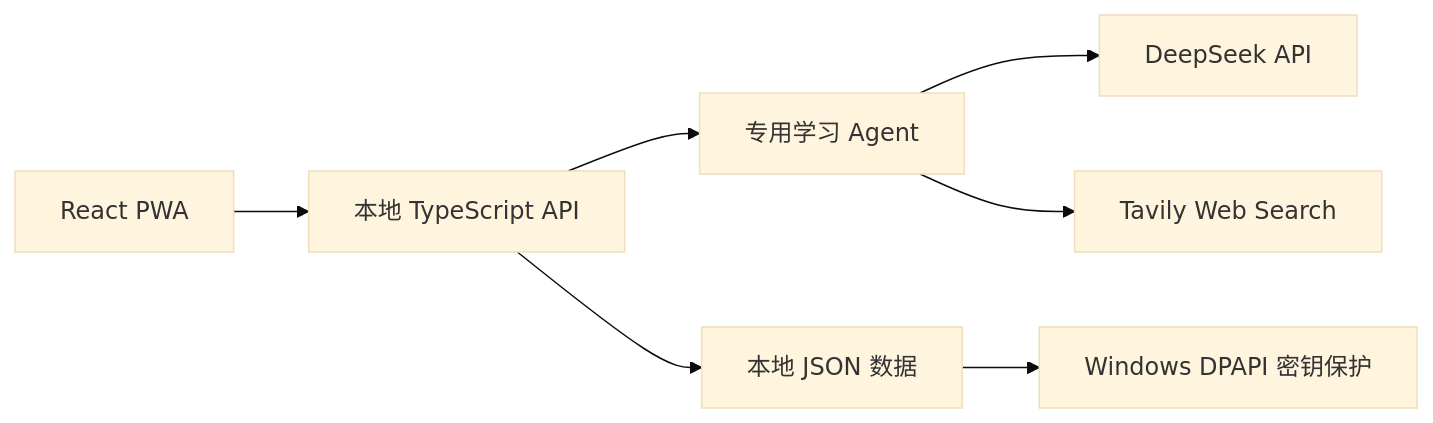
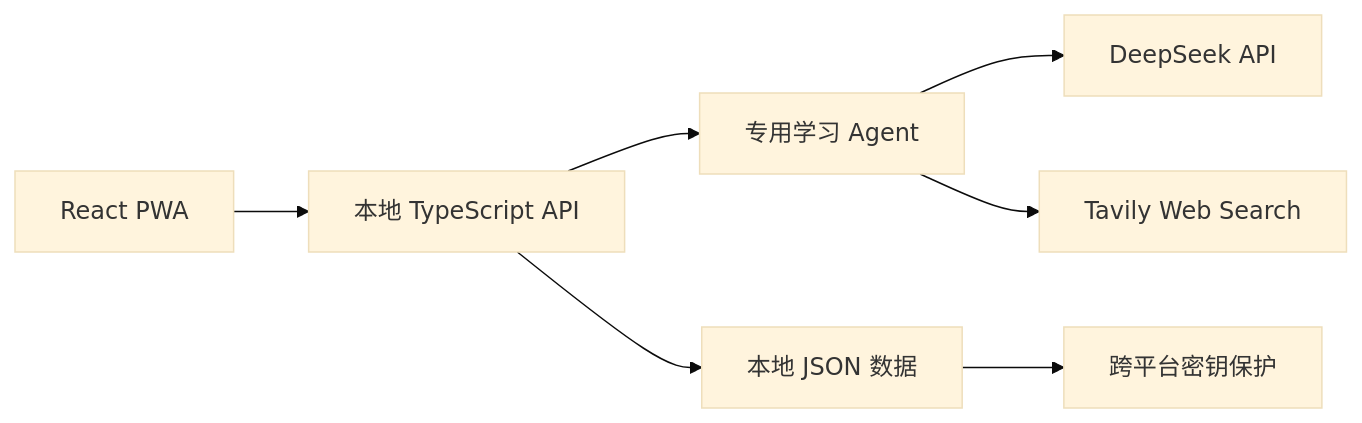
Before and after one commit to civilization-os/learning-studio: the diagram in README.zh-CN.md, drawn with Mermaid (base theme). The commit also changed other lines of this file and 27 other files, not shown here.

````diff
--- a/README.zh-CN.md
+++ b/README.zh-CN.md
@@ -38,9 +38,9 @@
 ```mermaid
 flowchart LR
     UI["React PWA"] --> API["本地 TypeScript API"]
     API --> Agents["专用学习 Agent"]
     Agents --> DeepSeek["DeepSeek API"]
     Agents --> Search["Tavily Web Search"]
     API --> Store["本地 JSON 数据"]
-    Store --> DPAPI["Windows DPAPI 密钥保护"]
+    Store --> Secrets["跨平台密钥保护"]
 ```
````
